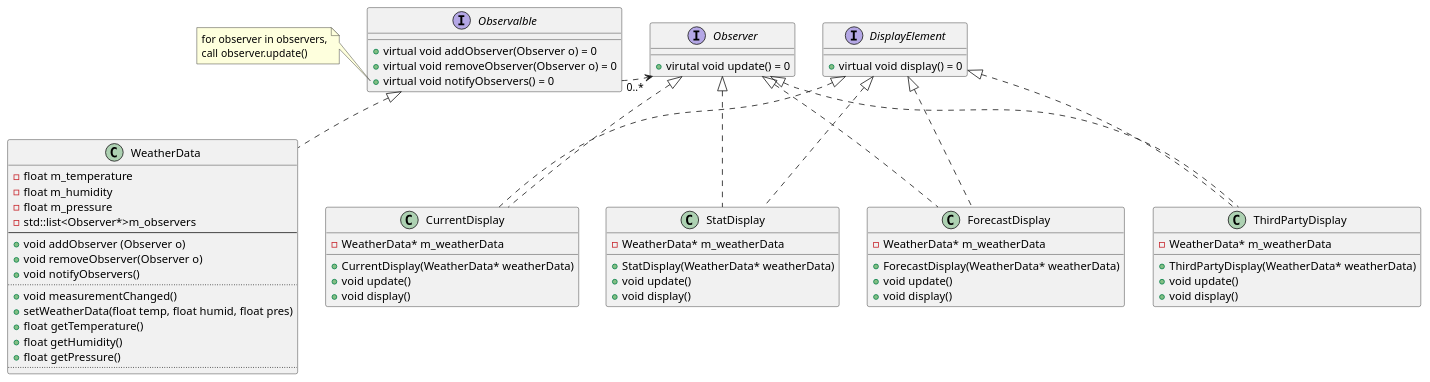
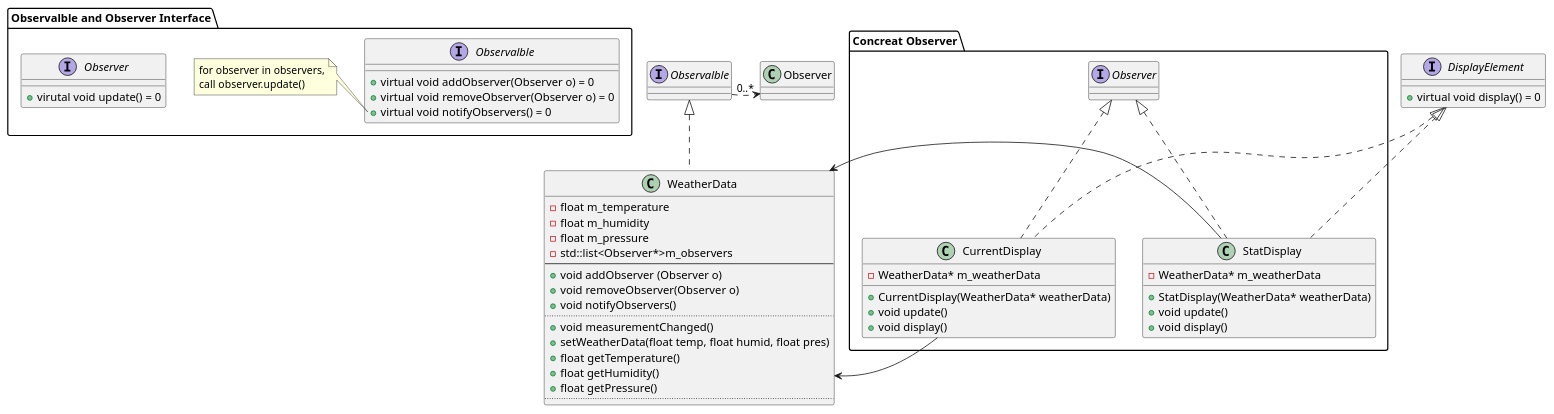
One commit to jwbecalm/Head-First-Design-Patterns-in-CPP changed the diagram in ch02_Observer/plantuml/Observer_class.plantuml. Above: the diagram before and after it, drawn with PlantUML. The commit also changed 3 other files, not shown here.

```diff
--- a/ch02_Observer/plantuml/Observer_class.plantuml
+++ b/ch02_Observer/plantuml/Observer_class.plantuml
@@ -1,84 +1,96 @@
 @startuml Observer Pattern
-
+package "Observalble and Observer Interface" {
 Interface Observalble{
     + virtual void addObserver(Observer o) = 0
     + virtual void removeObserver(Observer o) = 0
     + virtual void notifyObservers() = 0
 }
 note left of Observalble::notifyObservers
 for observer in observers,
 call observer.update()
 end note
 
 Interface Observer{
     + virutal void update() = 0
 }
-Interface DisplayElement{
-    + virtual void display() = 0
-    
 }
+
+
+
 
 class WeatherData implements  Observalble{
     ' store the weather data from weather station
     - float m_temperature
     - float m_humidity
     - float m_pressure
     ' store all the observers' pointer in vector for nothify when weather data changed
     - std::list<Observer*>m_observers 
     --
     + void addObserver (Observer o)
     + void removeObserver(Observer o) 
     + void notifyObservers()
     ..
     ' when weather data changed, this method will be invoked
     + void measurementChanged()
     ' simulate weaher data changed
     + setWeatherData(float temp, float humid, float pres)
     ' get method for Observer use
     + float getTemperature()
     + float getHumidity()
     + float getPressure()
     ' new get method can be add for future requirement
     ..
 }
 
-class CurrentDisplay implements Observer, DisplayElement{
+
+package "Concreat Observer"{
+class CurrentDisplay implements Observer{
     - WeatherData* m_weatherData
     + CurrentDisplay(WeatherData* weatherData)
     + void update()
     + void display()
 }
 
-class StatDisplay implements Observer, DisplayElement{
+class StatDisplay implements Observer{
     - WeatherData* m_weatherData
     + StatDisplay(WeatherData* weatherData)
     + void update()
     + void display()
 }
+}
+' class ForecastDisplay implements Observer, DisplayElement{
+'     - WeatherData* m_weatherData
+'     + ForecastDisplay(WeatherData* weatherData)
+'     + void update()
+'     + void display()
+' }
+' class ThirdPartyDisplay implements Observer, DisplayElement{
+'     - WeatherData* m_weatherData
+'     + ThirdPartyDisplay(WeatherData* weatherData)
+'     + void update()
+'     + void display()
+' }
 
-class ForecastDisplay implements Observer, DisplayElement{
-    - WeatherData* m_weatherData
-    + ForecastDisplay(WeatherData* weatherData)
-    + void update()
-    + void display()
+Interface DisplayElement{
+    + virtual void display() = 0
+    
 }
-class ThirdPartyDisplay implements Observer, DisplayElement{
-    - WeatherData* m_weatherData
-    + ThirdPartyDisplay(WeatherData* weatherData)
-    + void update()
-    + void display()
-}
+
+
 Observalble ..>"0..*" Observer
-'CurrentDisplay --> WeatherData
-'StatDisplay --> WeatherData
+CurrentDisplay --> WeatherData
+StatDisplay --> WeatherData
 'ForecastDisplay --> WeatherData
 'ThirdPartyDisplay --> WeatherData
 
+DisplayElement <|.. CurrentDisplay
+DisplayElement <|.. StatDisplay
+
 'Layout modify
 Observalble -[hidden]> Observer 
-Observer -[hidden]> DisplayElement
 
+WeatherData -[hidden]> CurrentDisplay
 CurrentDisplay -[hidden]> StatDisplay 
-StatDisplay -[hidden]> ForecastDisplay 
-ForecastDisplay -[hidden]> ThirdPartyDisplay 
+
+
 @enduml
```
